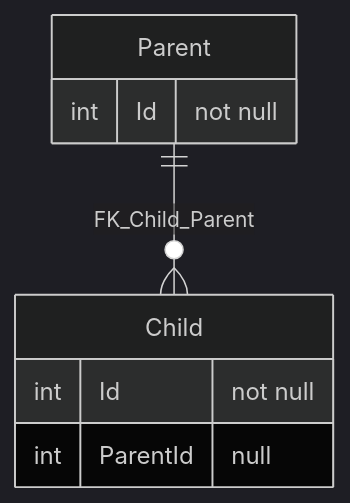
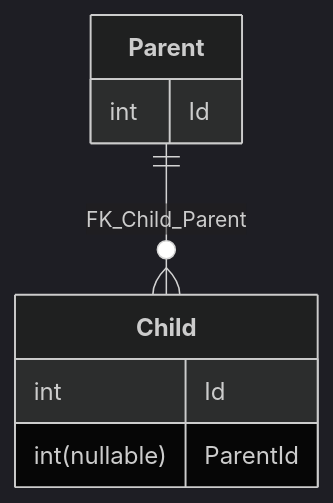
One commit to SimonCropp/DbToMermaid changed the diagram in src/SqlServerToMermaid.Tests/Tests.RenderMarkdownFromScriptWithAlterTable.verified.md. Above: the diagram before and after it, drawn with Mermaid (dark theme). The commit also changed 41 other files, not shown here.

````diff
--- a/src/SqlServerToMermaid.Tests/Tests.RenderMarkdownFromScriptWithAlterTable.verified.md
+++ b/src/SqlServerToMermaid.Tests/Tests.RenderMarkdownFromScriptWithAlterTable.verified.md
@@ -1,11 +1,11 @@
 ```mermaid
 erDiagram
-  Child {
-    int Id "not null"
-    int ParentId "null"
+  Child["**Child**"] {
+    int Id
+    int(nullable) ParentId
   }
-  Parent {
-    int Id "not null"
+  Parent["**Parent**"] {
+    int Id
   }
   Parent ||--o{ Child : "FK_Child_Parent"
 ```
````
